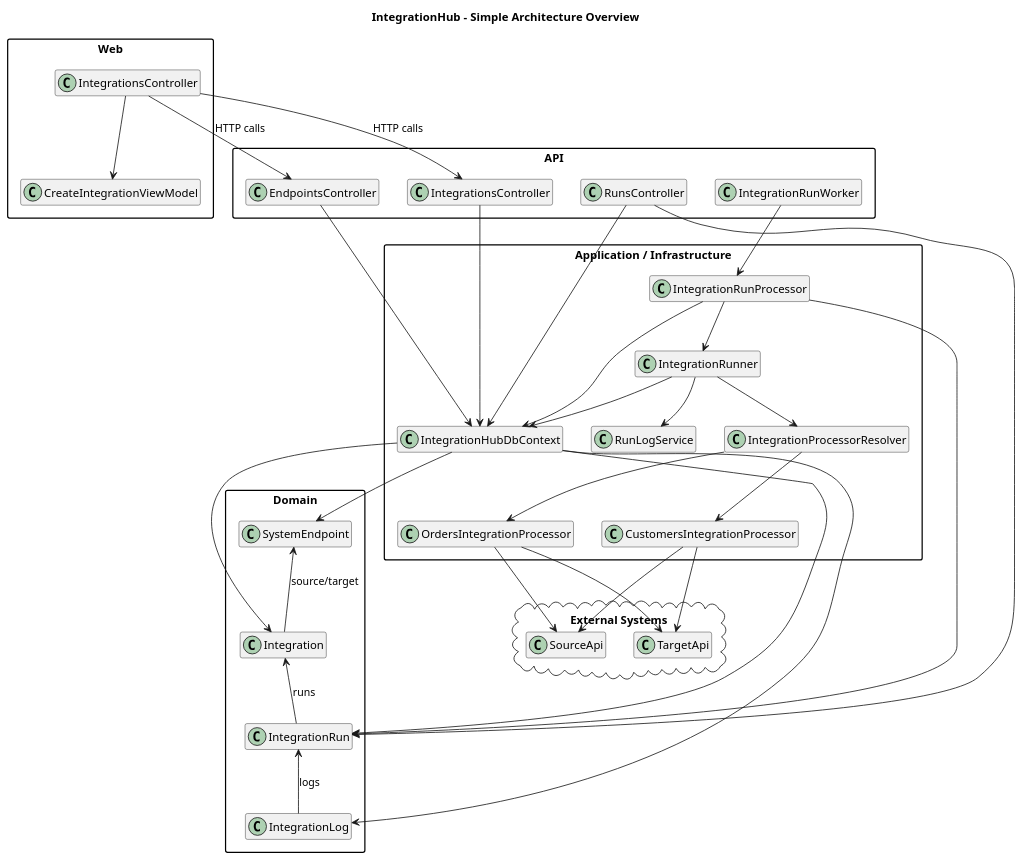
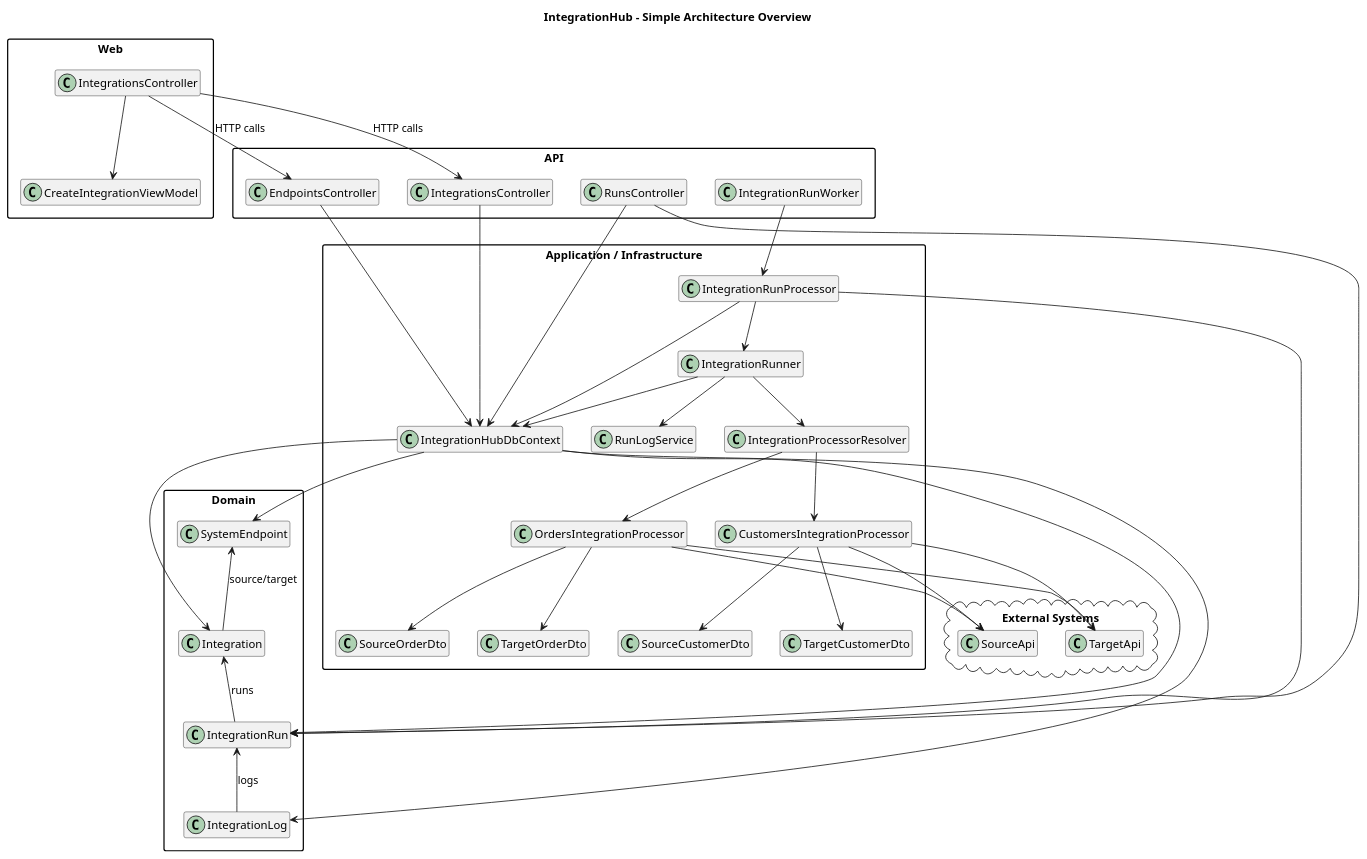
The diagram in docs/uml/ArchitectureDiagram.puml (PedroFerreira11/IntegrationHub), drawn with PlantUML before and after one commit. The commit also changed 2 other files, not shown here.

```diff
--- a/docs/uml/ArchitectureDiagram.puml
+++ b/docs/uml/ArchitectureDiagram.puml
@@ -1,77 +1,85 @@
 @startuml
 title IntegrationHub - Simple Architecture Overview
 
 skinparam packageStyle rectangle
 skinparam classAttributeIconSize 0
 hide empty members
 
 package "Web" {
   class IntegrationsController
   class CreateIntegrationViewModel
 }
 
 package "API" {
   class EndpointsController
   class "IntegrationsController" as ApiIntegrationsController
   class RunsController
   class IntegrationRunWorker
 }
 
 package "Application / Infrastructure" {
   class IntegrationHubDbContext
   class IntegrationRunProcessor
   class IntegrationRunner
   class IntegrationProcessorResolver
   class OrdersIntegrationProcessor
   class CustomersIntegrationProcessor
+  class SourceOrderDto
+  class TargetOrderDto
+  class SourceCustomerDto
+  class TargetCustomerDto
   class RunLogService
 }
 
 package "Domain" {
   class SystemEndpoint
   class Integration
   class IntegrationRun
   class IntegrationLog
 }
 
 cloud "External Systems" {
   class SourceApi
   class TargetApi
 }
 
 IntegrationsController --> ApiIntegrationsController : HTTP calls
 IntegrationsController --> EndpointsController : HTTP calls
 IntegrationsController --> CreateIntegrationViewModel
 
 EndpointsController --> IntegrationHubDbContext
 ApiIntegrationsController --> IntegrationHubDbContext
 RunsController --> IntegrationHubDbContext
 RunsController --> IntegrationRun
 
 IntegrationRunWorker --> IntegrationRunProcessor
 IntegrationRunProcessor --> IntegrationHubDbContext
 IntegrationRunProcessor --> IntegrationRunner
 IntegrationRunProcessor --> IntegrationRun
 
 IntegrationRunner --> IntegrationHubDbContext
 IntegrationRunner --> IntegrationProcessorResolver
 IntegrationRunner --> RunLogService
 
 IntegrationProcessorResolver --> OrdersIntegrationProcessor
 IntegrationProcessorResolver --> CustomersIntegrationProcessor
 
 OrdersIntegrationProcessor --> SourceApi
 OrdersIntegrationProcessor --> TargetApi
 CustomersIntegrationProcessor --> SourceApi
 CustomersIntegrationProcessor --> TargetApi
+OrdersIntegrationProcessor --> SourceOrderDto
+OrdersIntegrationProcessor --> TargetOrderDto
+CustomersIntegrationProcessor --> SourceCustomerDto
+CustomersIntegrationProcessor --> TargetCustomerDto
 
 IntegrationHubDbContext --> SystemEndpoint
 IntegrationHubDbContext --> Integration
 IntegrationHubDbContext --> IntegrationRun
 IntegrationHubDbContext --> IntegrationLog
 
 SystemEndpoint <-- Integration : source/target
 Integration <-- IntegrationRun : runs
 IntegrationRun <-- IntegrationLog : logs
 
 @enduml
```
